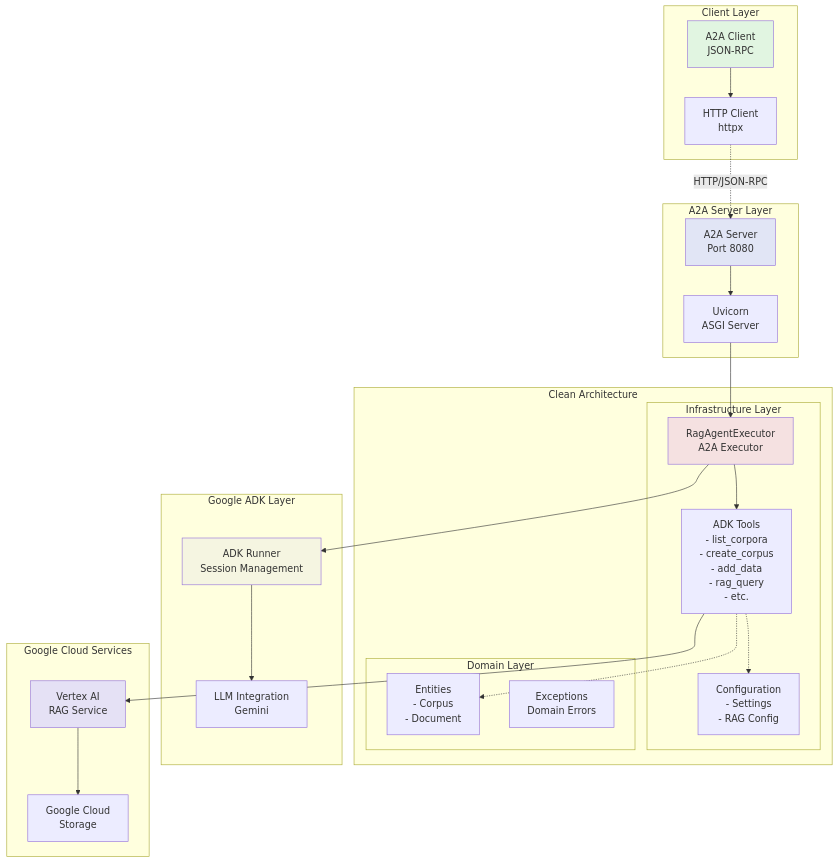
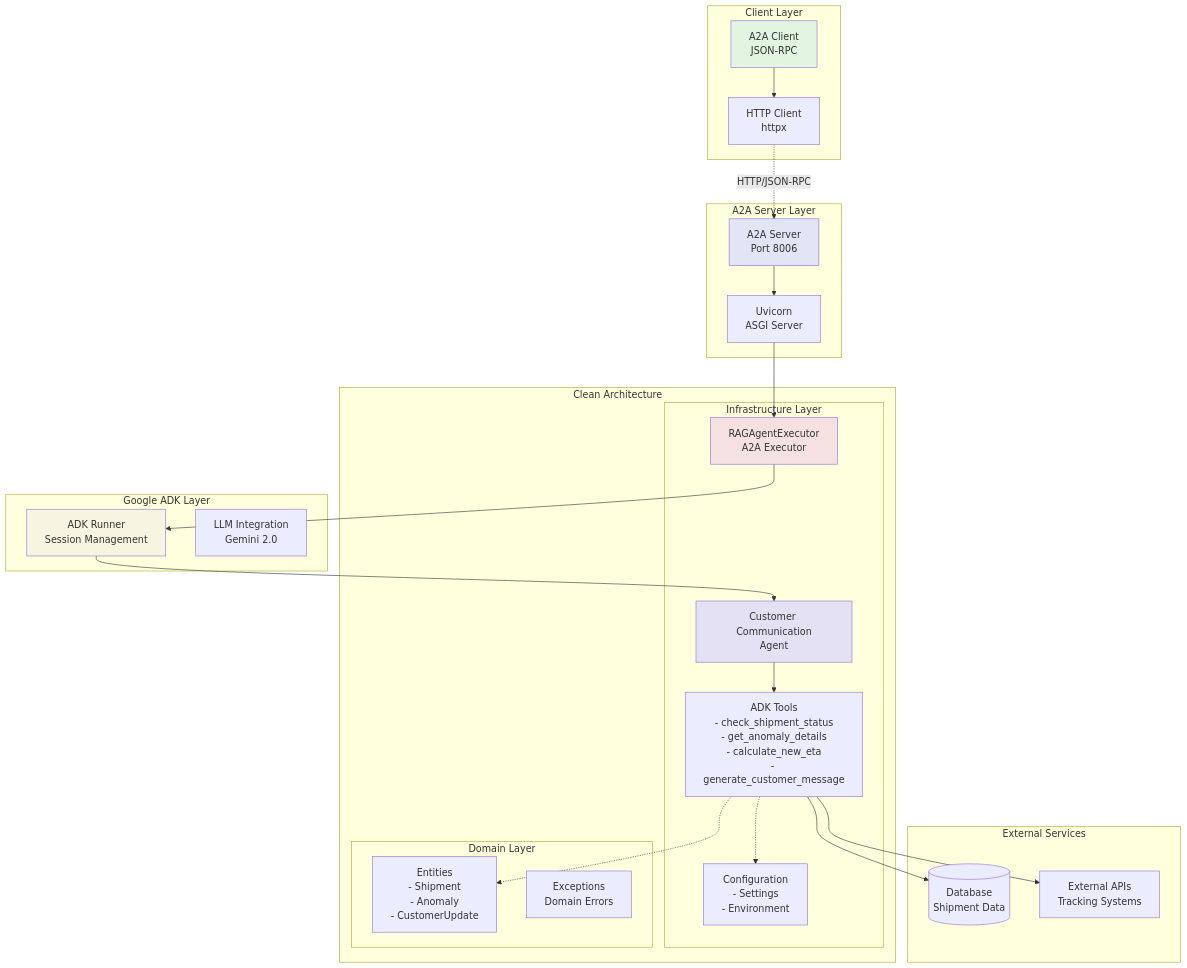
Before and after one commit to einsteindark-edgm/adk-rag-agent: the first of 3 diagrams in README.md, drawn with Mermaid. The commit also changed other lines of this file and 24 other files, not shown here.

First line of the commit message:
feat: Transform RAG agent into Customer Communication Agent for shipment tracking

````diff
--- a/README.md
+++ b/README.md
@@ -9,53 +19,54 @@
 ```mermaid
 graph TB
     subgraph "Client Layer"
         A2AC[A2A Client<br/>JSON-RPC]
         HTTPC[HTTP Client<br/>httpx]
     end
     
     subgraph "A2A Server Layer"
-        A2AS[A2A Server<br/>Port 8080]
+        A2AS[A2A Server<br/>Port 8006]
         UVIC[Uvicorn<br/>ASGI Server]
     end
     
     subgraph "Clean Architecture"
         subgraph "Infrastructure Layer"
-            EXE[RagAgentExecutor<br/>A2A Executor]
-            TOOLS[ADK Tools<br/>- list_corpora<br/>- create_corpus<br/>- add_data<br/>- rag_query<br/>- etc.]
-            CONFIG[Configuration<br/>- Settings<br/>- RAG Config]
+            EXE[RAGAgentExecutor<br/>A2A Executor]
+            AGENT[Customer Communication<br/>Agent]
+            TOOLS[ADK Tools<br/>- check_shipment_status<br/>- get_anomaly_details<br/>- calculate_new_eta<br/>- generate_customer_message]
+            CONFIG[Configuration<br/>- Settings<br/>- Environment]
         end
         
         subgraph "Domain Layer"
-            ENT[Entities<br/>- Corpus<br/>- Document]
+            ENT[Entities<br/>- Shipment<br/>- Anomaly<br/>- CustomerUpdate]
             EXC[Exceptions<br/>Domain Errors]
         end
     end
     
     subgraph "Google ADK Layer"
         RUNNER[ADK Runner<br/>Session Management]
-        LLM[LLM Integration<br/>Gemini]
+        LLM[LLM Integration<br/>Gemini 2.0]
     end
     
-    subgraph "Google Cloud Services"
-        VAI[Vertex AI<br/>RAG Service]
-        GCS[Google Cloud<br/>Storage]
+    subgraph "External Services"
+        DB[(Database<br/>Shipment Data)]
+        API[External APIs<br/>Tracking Systems]
     end
     
     A2AC --> HTTPC
     HTTPC -.->|HTTP/JSON-RPC| A2AS
     A2AS --> UVIC
     UVIC --> EXE
     EXE --> RUNNER
-    EXE --> TOOLS
-    RUNNER --> LLM
-    TOOLS --> VAI
-    VAI --> GCS
+    RUNNER --> AGENT
+    AGENT --> TOOLS
+    TOOLS --> DB
+    TOOLS --> API
     TOOLS -.-> CONFIG
     TOOLS -.-> ENT
     
     style A2AC fill:#e1f5e1
     style A2AS fill:#e1e5f5
     style EXE fill:#f5e1e1
     style RUNNER fill:#f5f5e1
-    style VAI fill:#e5e1f5
+    style AGENT fill:#e5e1f5
 ```
````
